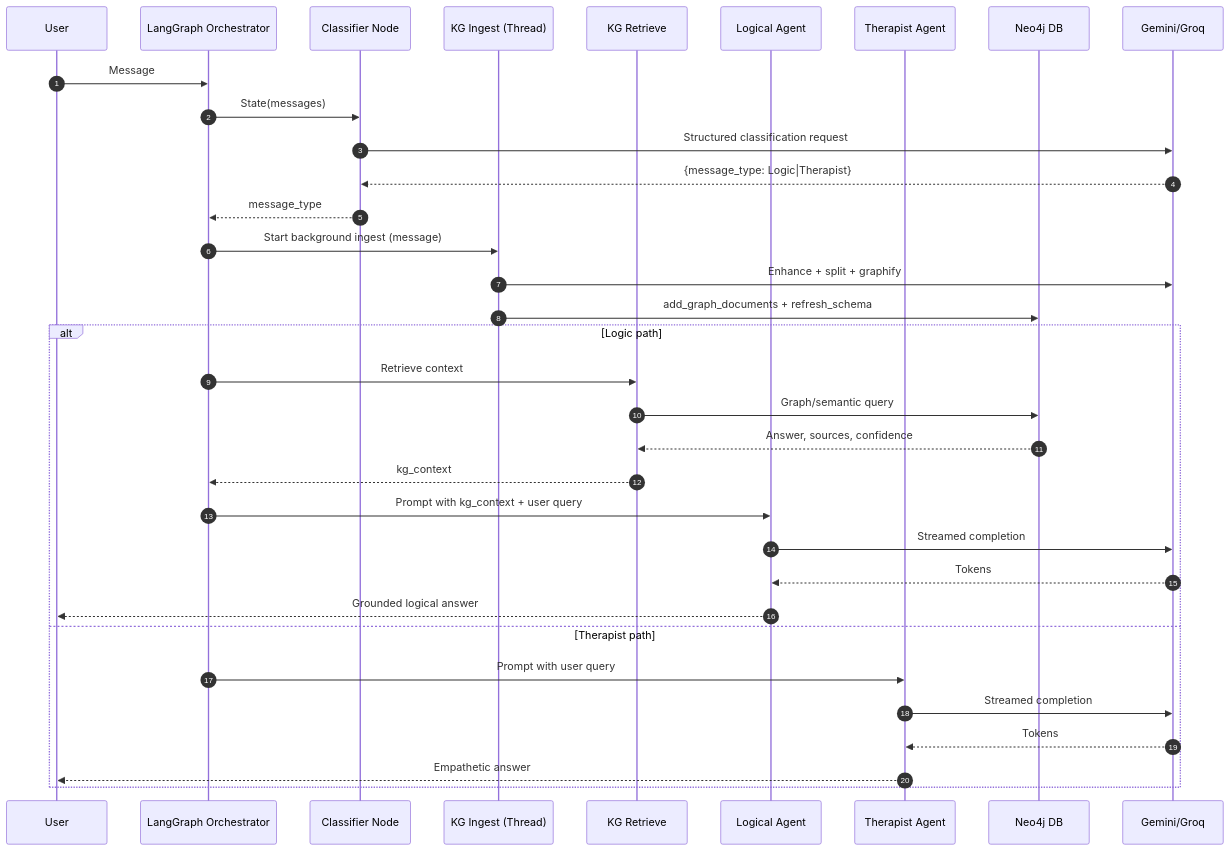
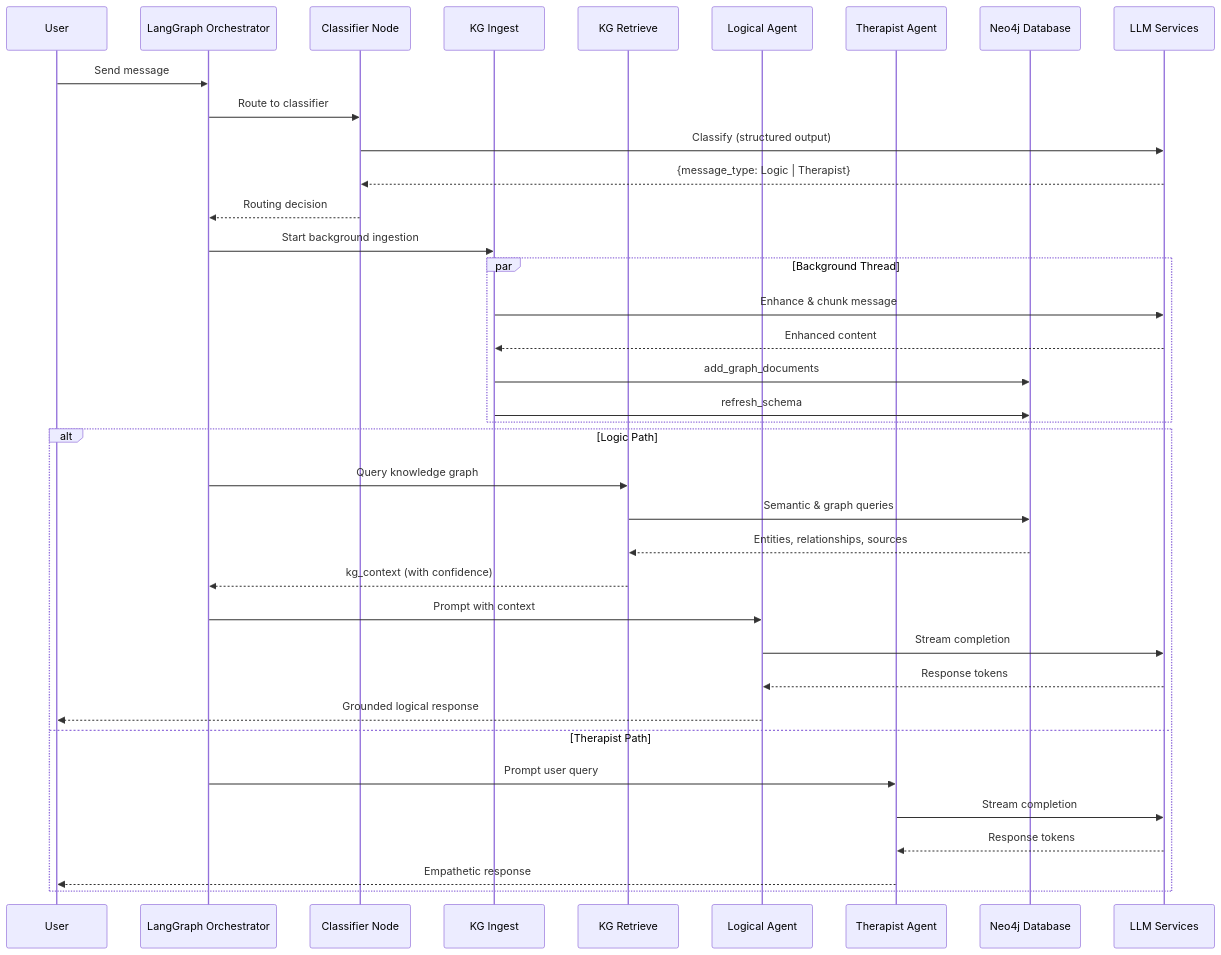
The second of 2 diagrams in README.md (Bilalk0804/EvoMind), drawn with Mermaid before and after one commit. The commit also changed other lines of this file, not shown here.

````diff
--- a/README.md
+++ b/README.md
@@ -63,37 +91,42 @@
 ```mermaid
 sequenceDiagram
-    autonumber
-    participant U as User
-    participant G as LangGraph Orchestrator
-    participant C as Classifier Node
-    participant I as KG Ingest (Thread)
-    participant Q as KG Retrieve
-    participant LA as Logical Agent
-    participant TA as Therapist Agent
-    participant N as Neo4j DB
-    participant LLM as Gemini/Groq
+    participant User
+    participant LangGraph as LangGraph Orchestrator
+    participant Classifier as Classifier Node
+    participant Ingest as KG Ingest
+    participant Retrieve as KG Retrieve
+    participant Logical as Logical Agent
+    participant Therapist as Therapist Agent
+    participant Neo4j as Neo4j Database
+    participant LLM as LLM Services
 
-    U->>G: Message
-    G->>C: State(messages)
-    C->>LLM: Structured classification request
-    LLM-->>C: {message_type: Logic|Therapist}
-    C-->>G: message_type
-    G->>I: Start background ingest (message)
-    I->>LLM: Enhance + split + graphify
-    I->>N: add_graph_documents + refresh_schema
-    alt Logic path
-        G->>Q: Retrieve context
-        Q->>N: Graph/semantic query
-        N-->>Q: Answer, sources, confidence
-        Q-->>G: kg_context
-        G->>LA: Prompt with kg_context + user query
-        LA->>LLM: Streamed completion
-        LLM-->>LA: Tokens
-        LA-->>U: Grounded logical answer
-    else Therapist path
-        G->>TA: Prompt with user query
-        TA->>LLM: Streamed completion
-        LLM-->>TA: Tokens
-        TA-->>U: Empathetic answer
+    User->>LangGraph: Send message
+    LangGraph->>Classifier: Route to classifier
+    Classifier->>LLM: Classify (structured output)
+    LLM-->>Classifier: {message_type: Logic | Therapist}
+    Classifier-->>LangGraph: Routing decision
+    
+    LangGraph->>Ingest: Start background ingestion
+    par Background Thread
+        Ingest->>LLM: Enhance & chunk message
+        LLM-->>Ingest: Enhanced content
+        Ingest->>Neo4j: add_graph_documents
+        Ingest->>Neo4j: refresh_schema
+    end
+    
+    alt Logic Path
+        LangGraph->>Retrieve: Query knowledge graph
+        Retrieve->>Neo4j: Semantic & graph queries
+        Neo4j-->>Retrieve: Entities, relationships, sources
+        Retrieve-->>LangGraph: kg_context (with confidence)
+        LangGraph->>Logical: Prompt with context
+        Logical->>LLM: Stream completion
+        LLM-->>Logical: Response tokens
+        Logical-->>User: Grounded logical response
+    else Therapist Path
+        LangGraph->>Therapist: Prompt user query
+        Therapist->>LLM: Stream completion
+        LLM-->>Therapist: Response tokens
+        Therapist-->>User: Empathetic response
     end
 ```
````
